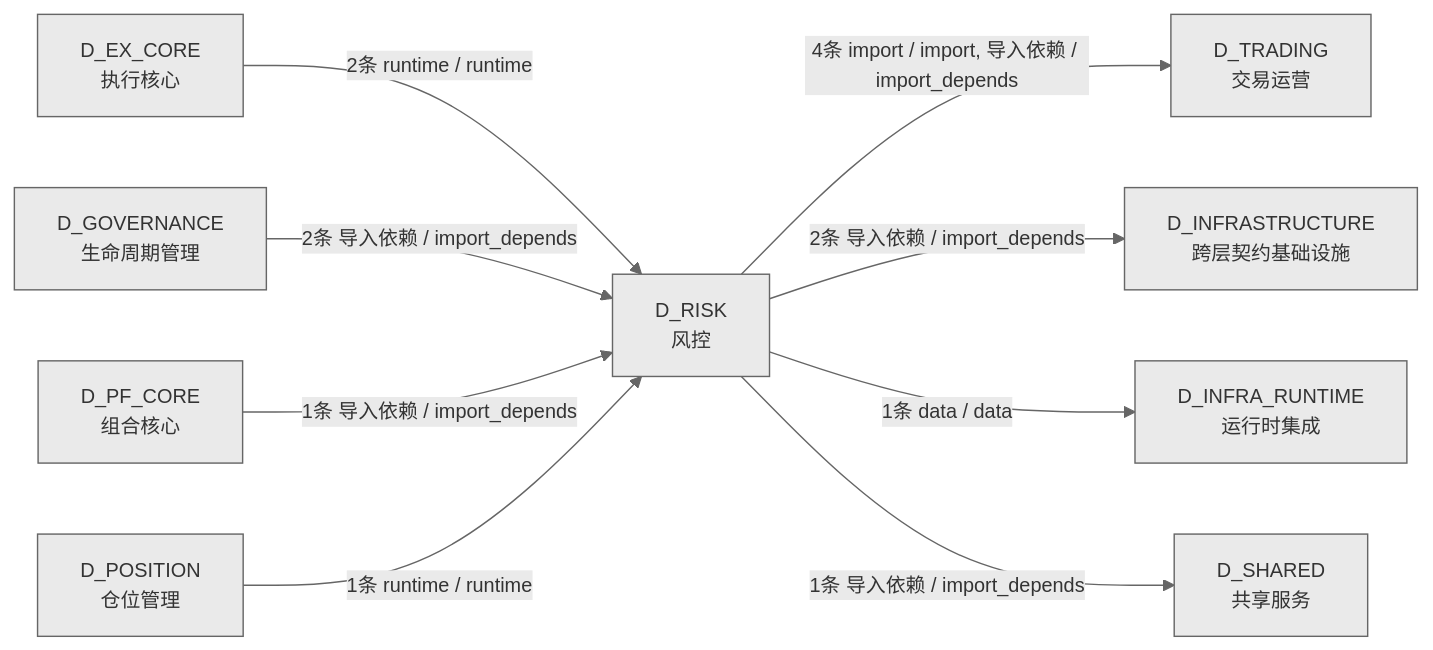
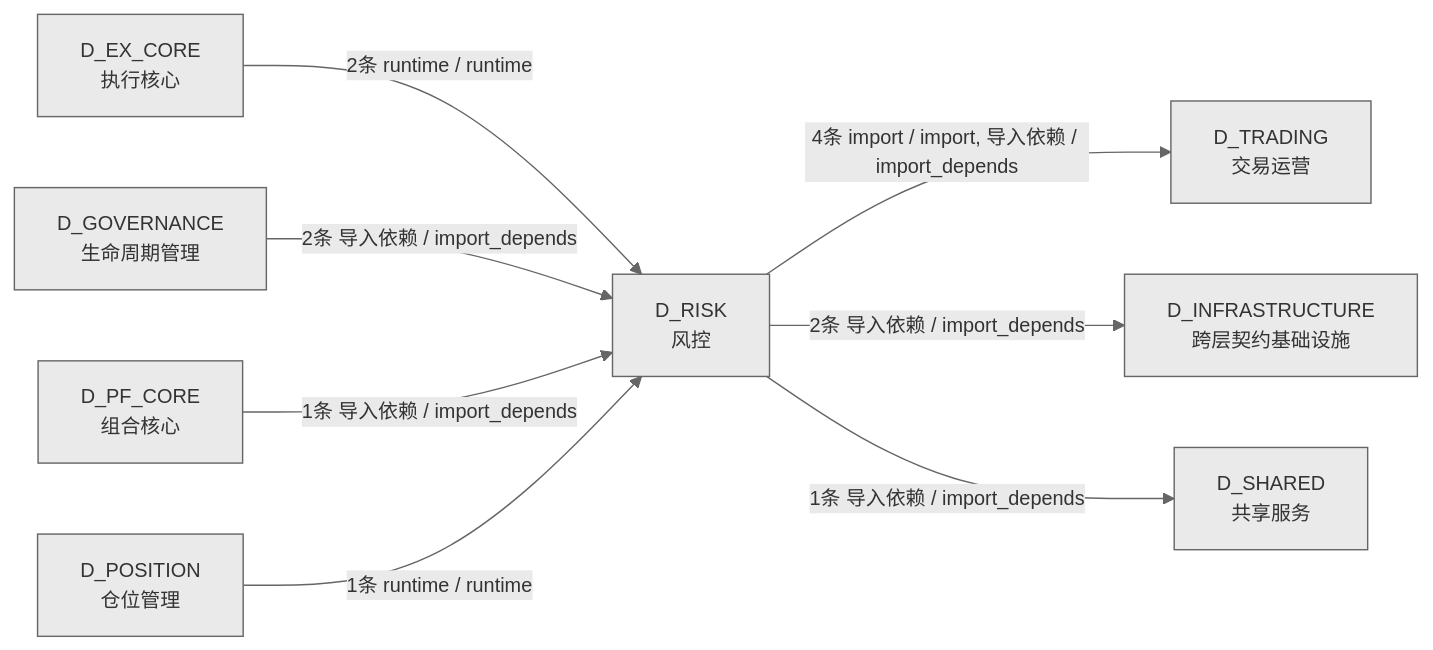
One commit to xuanFelixVan/ZephyrAlpha changed the fourth of 4 diagrams in docs/02_enterprise_architecture/02_domain_architecture_docs/65_d_risk.md. Above: the diagram before and after it, drawn with Mermaid. The commit also changed other lines of this file and 62 other files, not shown here.

````diff
--- a/docs/02_enterprise_architecture/02_domain_architecture_docs/65_d_risk.md
+++ b/docs/02_enterprise_architecture/02_domain_architecture_docs/65_d_risk.md
@@ -234,21 +231,19 @@
 ```mermaid
 %%{init: {'theme': 'base', 'themeVariables': {'primaryColor': '#eaeaea', 'primaryTextColor': '#333333', 'primaryBorderColor': '#666666', 'lineColor': '#666666', 'secondaryColor': '#eaeaea', 'tertiaryColor': '#eaeaea', 'fontSize': '14px'}}}%%
 graph LR
     D_RISK["D_RISK<br/>风控"]
     D_TRADING["D_TRADING<br/>交易运营"]
     D_INFRASTRUCTURE["D_INFRASTRUCTURE<br/>跨层契约基础设施"]
-    D_INFRA_RUNTIME["D_INFRA_RUNTIME<br/>运行时集成"]
     D_SHARED["D_SHARED<br/>共享服务"]
     D_EX_CORE["D_EX_CORE<br/>执行核心"]
     D_GOVERNANCE["D_GOVERNANCE<br/>生命周期管理"]
     D_PF_CORE["D_PF_CORE<br/>组合核心"]
     D_POSITION["D_POSITION<br/>仓位管理"]
     D_RISK -->|4条 import / import, 导入依赖 / import_depends| D_TRADING
     D_RISK -->|2条 导入依赖 / import_depends| D_INFRASTRUCTURE
-    D_RISK -->|1条 data / data| D_INFRA_RUNTIME
     D_RISK -->|1条 导入依赖 / import_depends| D_SHARED
     D_EX_CORE -->|2条 runtime / runtime| D_RISK
     D_GOVERNANCE -->|2条 导入依赖 / import_depends| D_RISK
     D_PF_CORE -->|1条 导入依赖 / import_depends| D_RISK
     D_POSITION -->|1条 runtime / runtime| D_RISK
 ```
````
